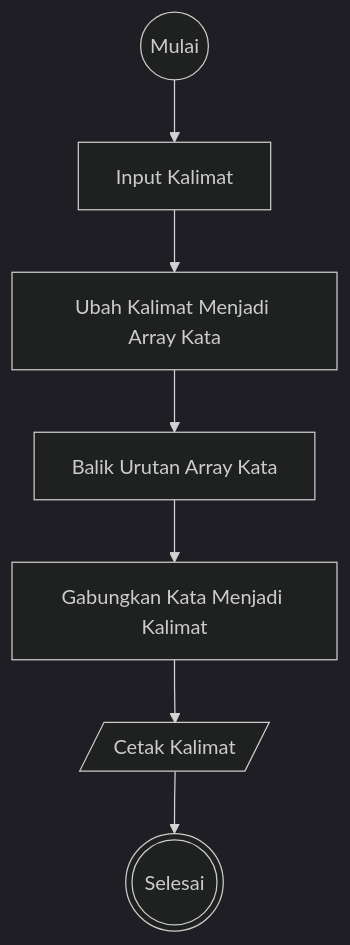
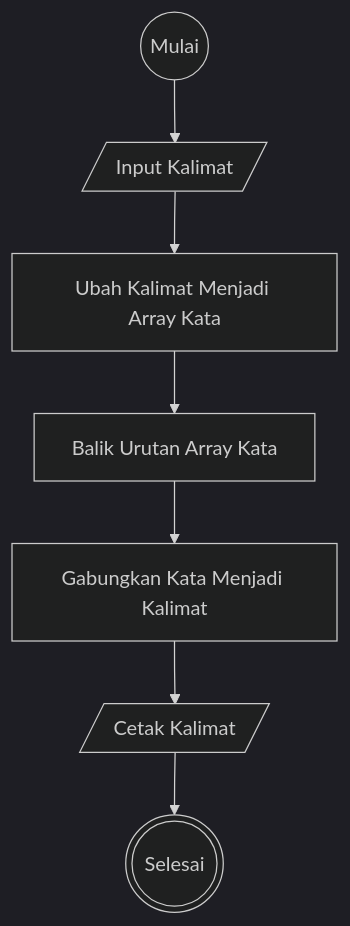
The second of 2 diagrams in README.md (HN721/fgo24-weeklytask1), drawn with Mermaid (dark theme) before and after one commit.

````diff
--- a/README.md
+++ b/README.md
@@ -48,19 +48,19 @@
 ```mermaid
 flowchart TD
     A@{shape: circle,label: "Mulai"}
-    B@{shape:lean-r, label: "Input Kalimat"  }
+    B@{shape: lean-r, label: "Input Kalimat"  }
     C@{shape: rectangle, label: "Ubah Kalimat Menjadi Array Kata"}
     D@{shape:rectangle, label: "Balik Urutan Array Kata"}
     E@{shape:rectangle , label: "Gabungkan Kata Menjadi Kalimat"}
     F@{shape: lean-r , label: "Cetak Kalimat"}
     G@{shape: dbl-circ , label: "Selesai"}
 
     A --> B
     B --> C
     C --> D
     D --> E
     E --> F
     F --> G
 
 
 ```
````
